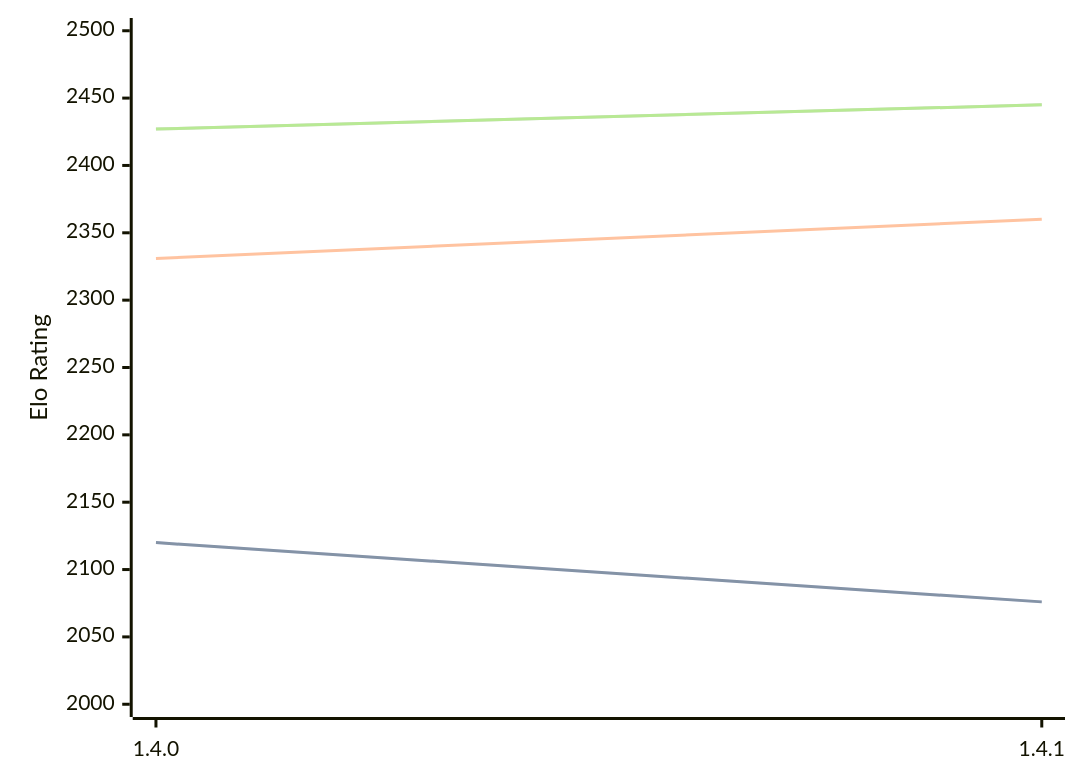
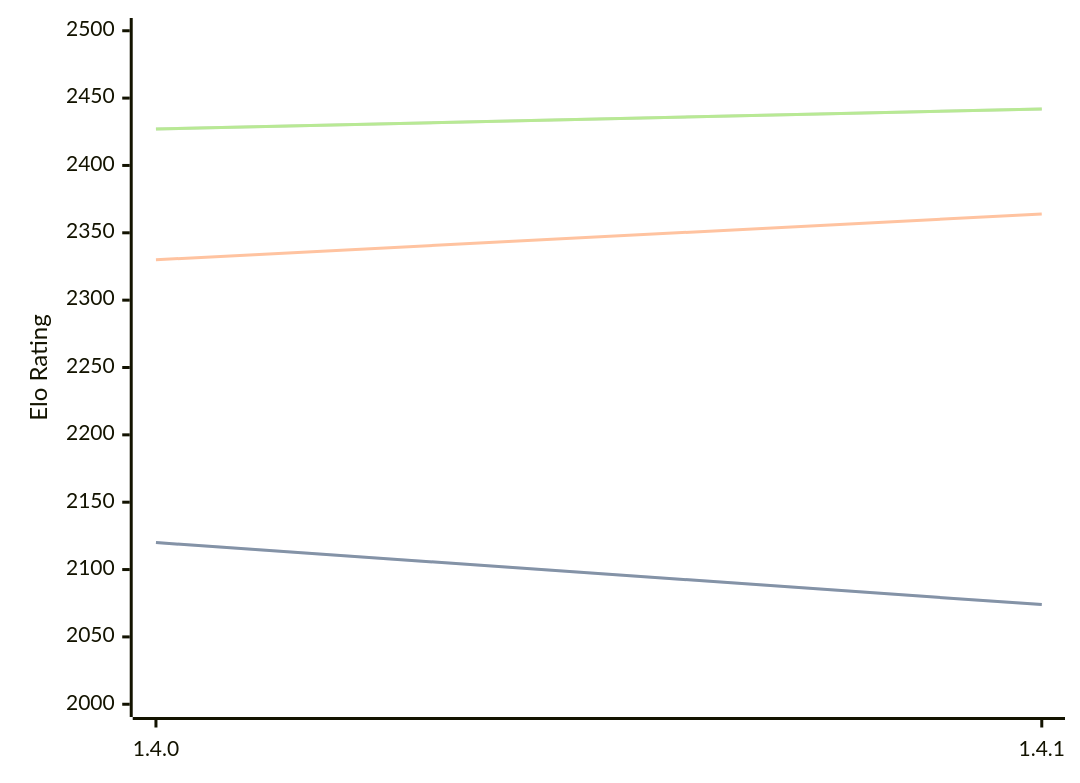
One commit to computer-chess-index/cci changed the diagram in engines/Tofiks.md. Above: the diagram before and after it, drawn with Mermaid. The commit also changed other lines of this file, not shown here.

Commit message:
Update CCI Ratings (ELO VLTC) - 2026-04-21

````diff
--- a/engines/Tofiks.md
+++ b/engines/Tofiks.md
@@ -36,11 +36,11 @@
 ```mermaid
 %%{init: {"theme":"base","themeVariables":{"seriesColors:['#a3a3a3','#222221','#faa371']}}}%%
 xychart-beta
   x-axis ["1.4.0", "1.4.1"]
   y-axis "Elo Rating" 2000 --> 2500
-  line "STC (8.0+0.08s)" [2120, 2076]
-  line "STC (8.0+0.08s)" [2120, 2076]
-  line "LTC (60.0+0.60s)" [2331, 2360]
-  line "VLTC (2m24s+1.12s)" [2427, 2445]
-  line "VLTC (2m24s+1.12s)" [2427, 2445]
+  line "STC (8.0+0.08s)" [2120, 2074]
+  line "STC (8.0+0.08s)" [2120, 2074]
+  line "LTC (60.0+0.60s)" [2330, 2364]
+  line "VLTC (2m24s+1.12s)" [2427, 2442]
+  line "VLTC (2m24s+1.12s)" [2427, 2442]
 ```
````
